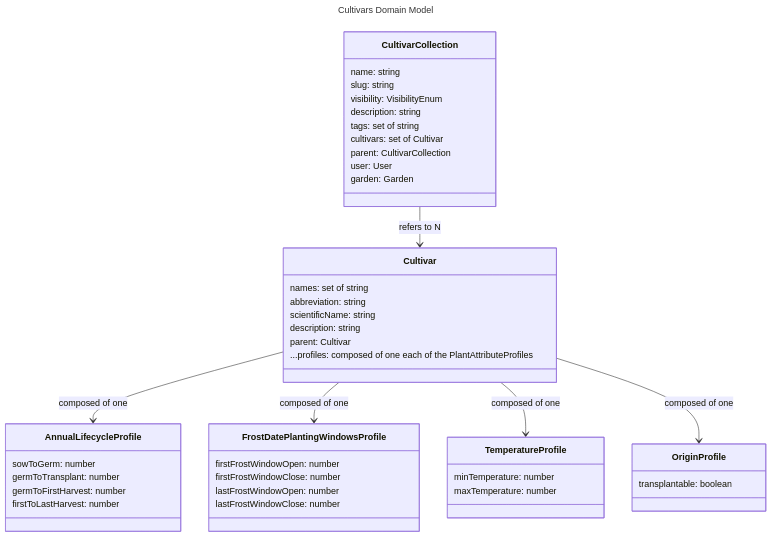
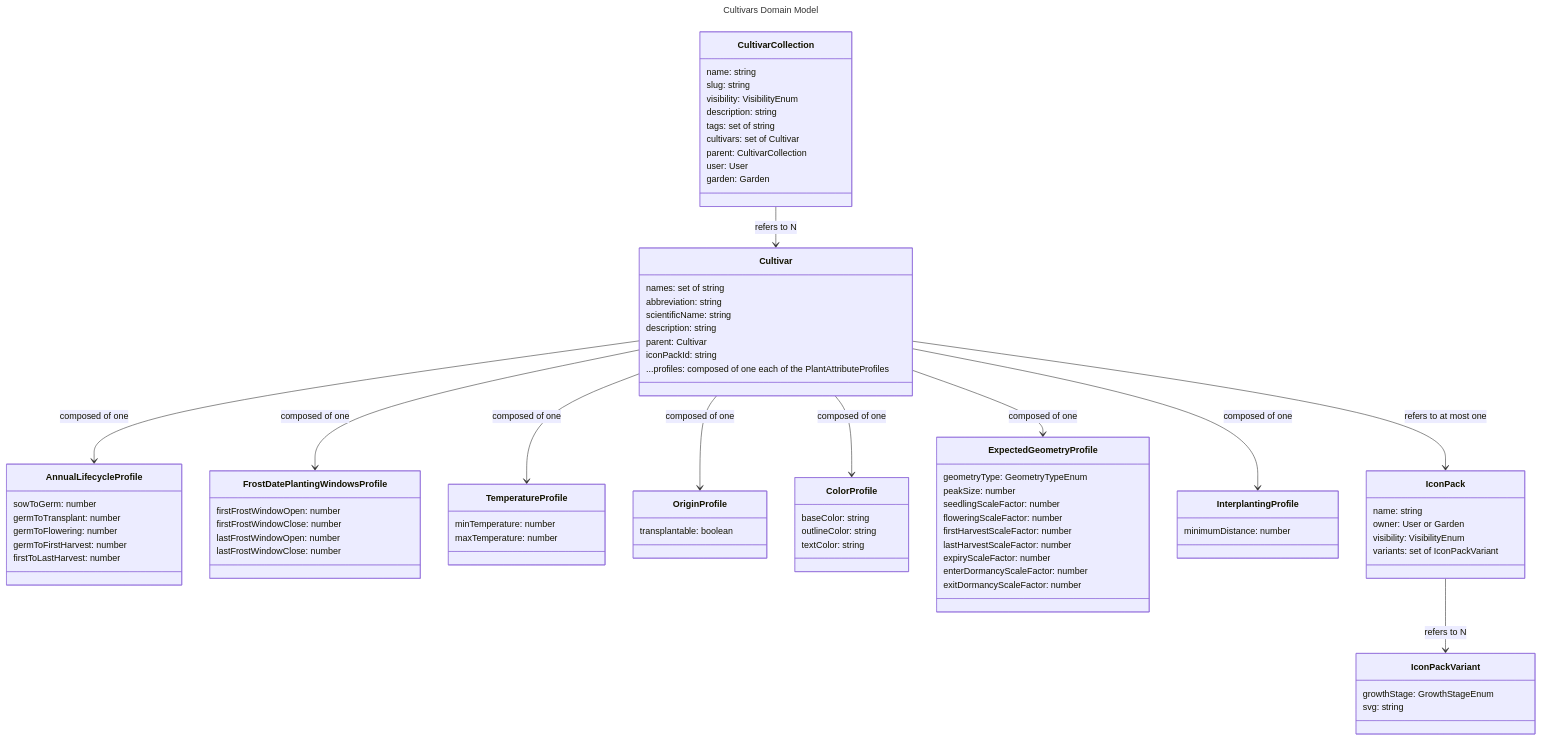
The diagram in design/cultivars/models.md (VerdanTech/Vdt-Webapp), drawn with Mermaid before and after one commit. The commit also changed other lines of this file and 10 other files, not shown here.

````diff
--- a/design/cultivars/models.md
+++ b/design/cultivars/models.md
@@ -15,6 +15,11 @@
     Cultivar --> FrostDatePlantingWindowsProfile : composed of one
     Cultivar --> TemperatureProfile : composed of one
     Cultivar --> OriginProfile : composed of one
+    Cultivar --> ColorProfile : composed of one
+    Cultivar --> ExpectedGeometryProfile : composed of one
+    Cultivar --> InterplantingProfile : composed of one
+    Cultivar --> IconPack : refers to at most one
+    IconPack --> IconPackVariant : refers to N
 
     class CultivarCollection{
         name: string
@@ -33,11 +38,13 @@
         scientificName: string
         description: string
         parent: Cultivar
+        iconPackId: string
         ...profiles: composed of one each of the PlantAttributeProfiles
     }
     class AnnualLifecycleProfile{
         sowToGerm: number
         germToTransplant: number
+        germToFlowering: number
         germToFirstHarvest: number
         firstToLastHarvest: number
     }
@@ -54,4 +61,33 @@
     class OriginProfile {
         transplantable: boolean
     }
+    class ColorProfile {
+        baseColor: string
+        outlineColor: string
+        textColor: string
+    }
+    class ExpectedGeometryProfile {
+        geometryType: GeometryTypeEnum
+        peakSize: number
+        seedlingScaleFactor: number
+        floweringScaleFactor: number
+        firstHarvestScaleFactor: number
+        lastHarvestScaleFactor: number
+        expiryScaleFactor: number
+        enterDormancyScaleFactor: number
+        exitDormancyScaleFactor: number
+    }
+    class InterplantingProfile {
+        minimumDistance: number
+    }
+    class IconPack {
+        name: string
+        owner: User or Garden
+        visibility: VisibilityEnum
+        variants: set of IconPackVariant
+    }
+    class IconPackVariant {
+        growthStage: GrowthStageEnum
+        svg: string
+    }
 ```
````
